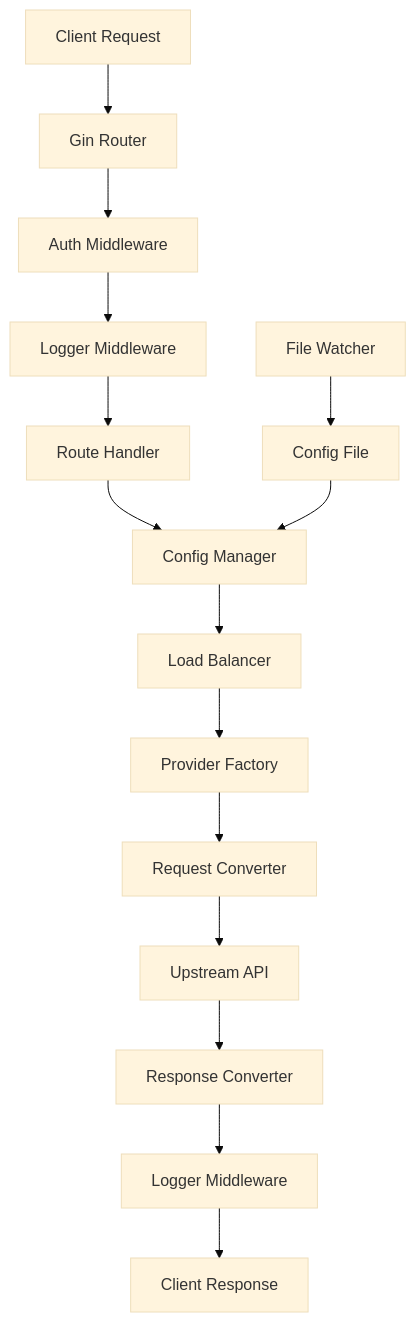
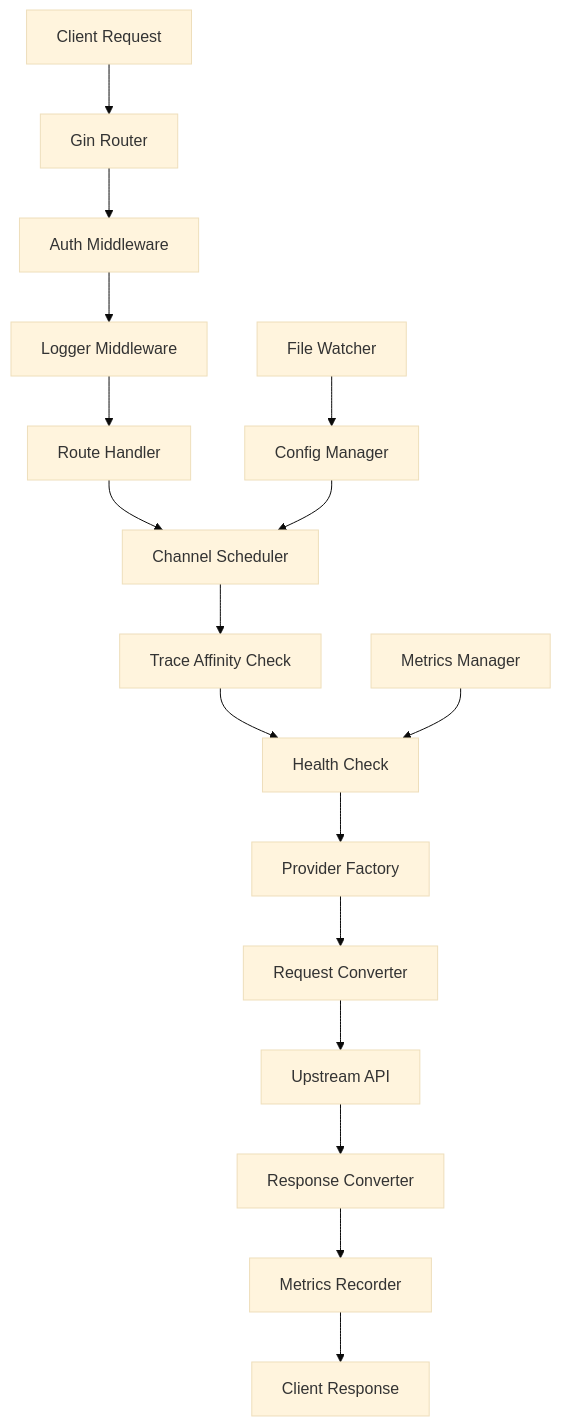
One commit to BenedictKing/claude-proxy changed the second of 3 diagrams in ARCHITECTURE.md. Above: the diagram before and after it, drawn with Mermaid (base theme). The commit also changed other lines of this file and 7 other files, not shown here.

````diff
--- a/ARCHITECTURE.md
+++ b/ARCHITECTURE.md
@@ -359,18 +492,20 @@
 ```mermaid
 graph TD
     A[Client Request] --> B[Gin Router]
     B --> C[Auth Middleware]
     C --> D[Logger Middleware]
     D --> E[Route Handler]
-    E --> F[Config Manager]
-    F --> G[Load Balancer]
-    G --> H[Provider Factory]
-    H --> I[Request Converter]
-    I --> J[Upstream API]
-    J --> K[Response Converter]
-    K --> L[Logger Middleware]
-    L --> M[Client Response]
+    E --> F[Channel Scheduler]
+    F --> G[Trace Affinity Check]
+    G --> H[Health Check]
+    H --> I[Provider Factory]
+    I --> J[Request Converter]
+    J --> K[Upstream API]
+    K --> L[Response Converter]
+    L --> M[Metrics Recorder]
+    M --> N[Client Response]
 
-    N[Config File] --> F
-    O[File Watcher] --> N
+    O[Config Manager] --> F
+    P[Metrics Manager] --> H
+    Q[File Watcher] --> O
 ```
````
